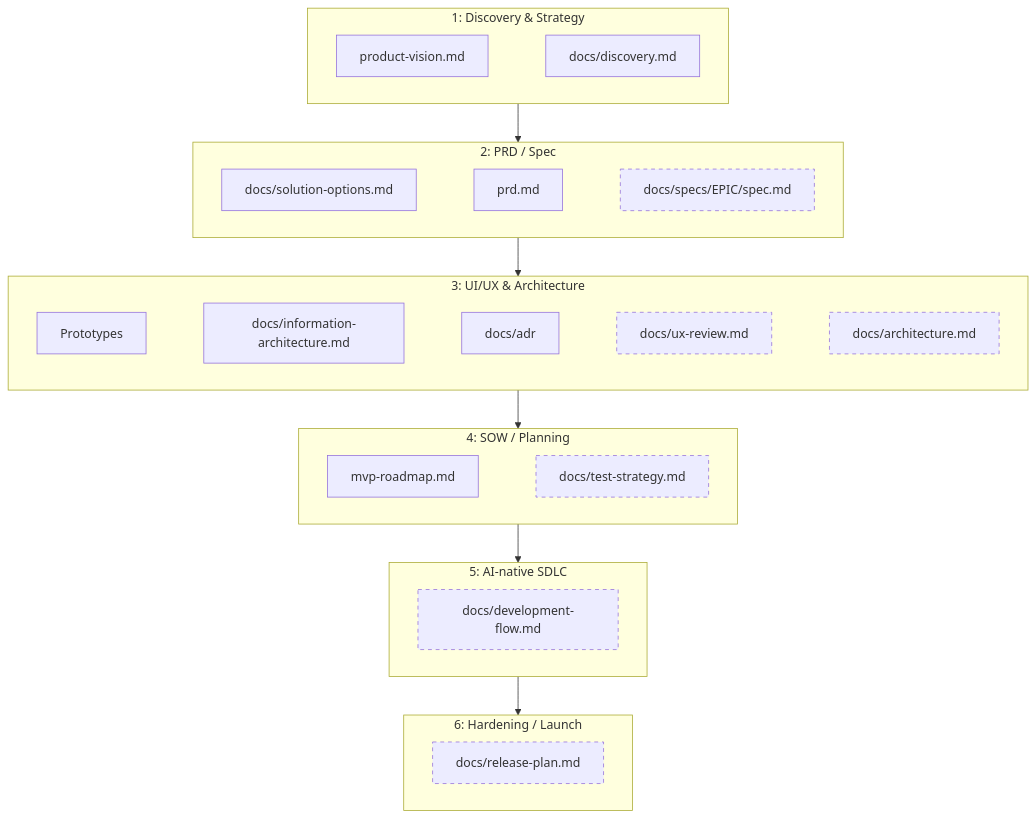
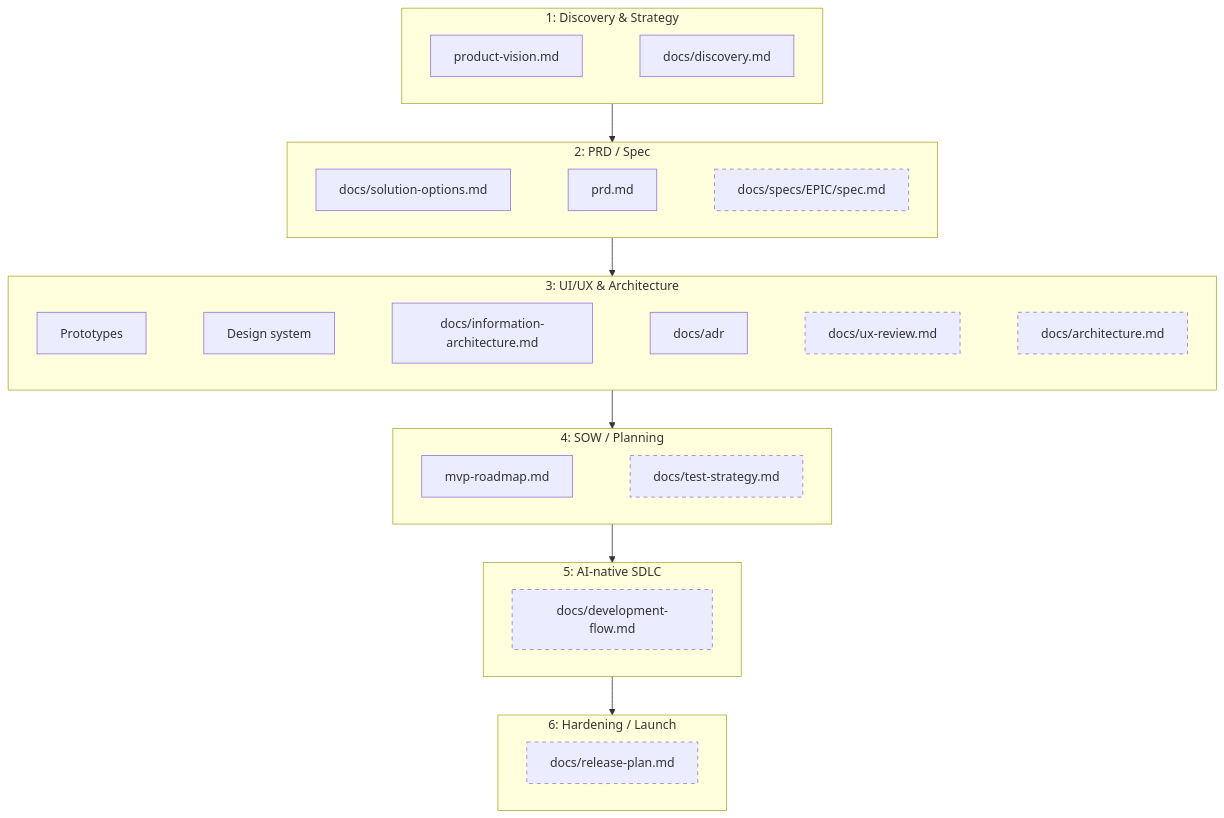
Before and after one commit to huynguyennang-agilityio/tripmate-docs: the diagram in README.md, drawn with Mermaid. The commit also changed other lines of this file and 1 other file, not shown here.

Commit message:
product-workflow.md v2.5: design system artifact in the document map
The Design System Foundation lives in its artifact as the source of
truth, like the prototype canvases; README links it.

````diff
--- a/README.md
+++ b/README.md
@@ -35,29 +36,29 @@
 ```mermaid
 flowchart TB
     subgraph S1["1: Discovery & Strategy"]
         direction LR
         vision["product-vision.md"] ~~~ discovery["docs/discovery.md"]
     end
     subgraph S2["2: PRD / Spec"]
         direction LR
         options["docs/solution-options.md"] ~~~ prd["prd.md"] ~~~ specs["docs/specs/EPIC/spec.md"]:::planned
     end
     subgraph S3["3: UI/UX & Architecture"]
         direction LR
-        proto["Prototypes"] ~~~ ia["docs/information-architecture.md"] ~~~ adr["docs/adr"] ~~~ ux["docs/ux-review.md"]:::planned ~~~ arch["docs/architecture.md"]:::planned
+        proto["Prototypes"] ~~~ ds["Design system"] ~~~ ia["docs/information-architecture.md"] ~~~ adr["docs/adr"] ~~~ ux["docs/ux-review.md"]:::planned ~~~ arch["docs/architecture.md"]:::planned
     end
     subgraph S4["4: SOW / Planning"]
         direction LR
         roadmap["mvp-roadmap.md"] ~~~ test["docs/test-strategy.md"]:::planned
     end
     subgraph S5["5: AI-native SDLC"]
         direction LR
         dev["docs/development-flow.md"]:::planned
     end
     subgraph S6["6: Hardening / Launch"]
         direction LR
         rel["docs/release-plan.md"]:::planned
     end
     S1 --> S2 --> S3 --> S4 --> S5 --> S6
     classDef planned stroke-dasharray: 5 5
 ```
````
